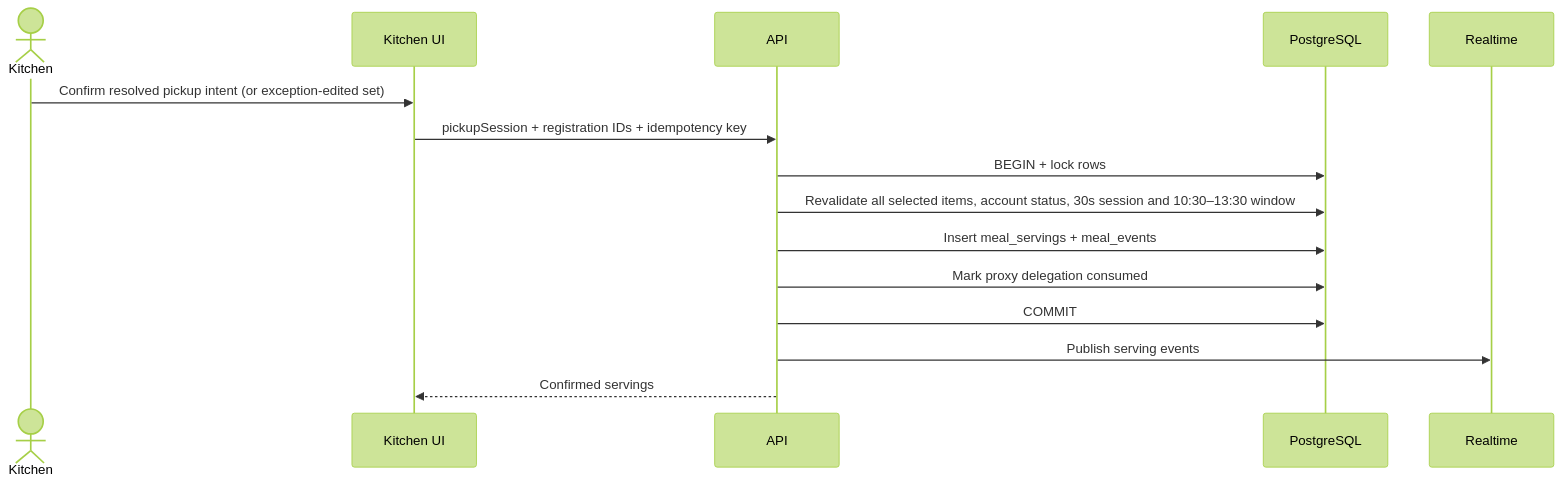
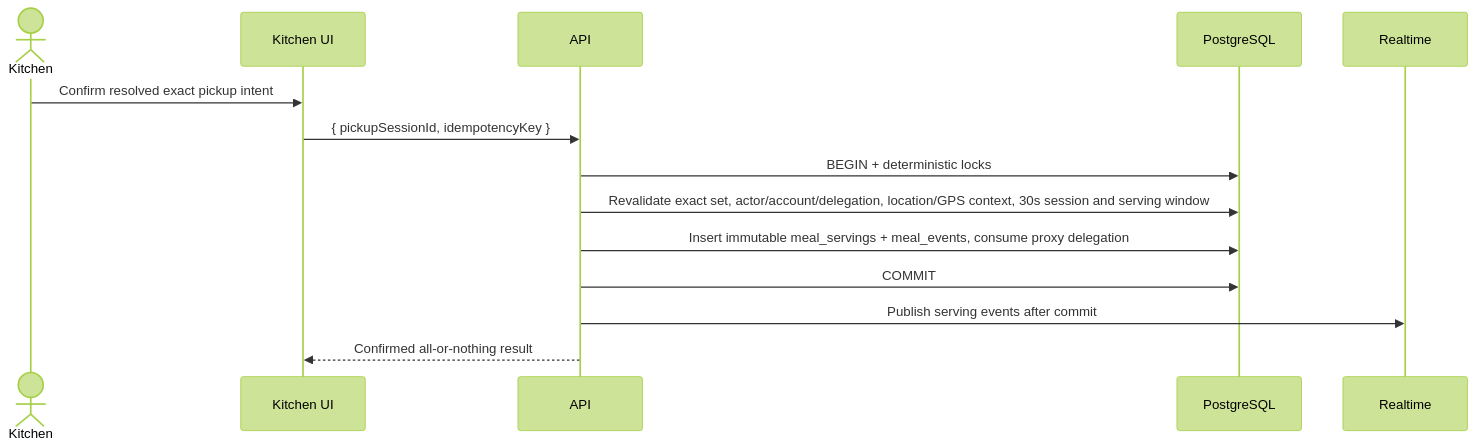
Before and after one commit to Wkiugt/IMeal-v3: the sixth of 6 diagrams in docs/03-product-flows.md, drawn with Mermaid (forest theme). The commit also changed other lines of this file and 13 other files, not shown here.

````diff
--- a/docs/03-product-flows.md
+++ b/docs/03-product-flows.md
@@ -508,18 +524,17 @@
 ```mermaid
 sequenceDiagram
     actor K as Kitchen
     participant UI as Kitchen UI
     participant API as API
     participant DB as PostgreSQL
     participant RT as Realtime
 
-    K->>UI: Confirm resolved pickup intent (or exception-edited set)
-    UI->>API: pickupSession + registration IDs + idempotency key
-    API->>DB: BEGIN + lock rows
-    API->>DB: Revalidate all selected items, account status, 30s session and 10:30–13:30 window
-    API->>DB: Insert meal_servings + meal_events
-    API->>DB: Mark proxy delegation consumed
+    K->>UI: Confirm resolved exact pickup intent
+    UI->>API: { pickupSessionId, idempotencyKey }
+    API->>DB: BEGIN + deterministic locks
+    API->>DB: Revalidate exact set, actor/account/delegation, location/GPS context, 30s session and serving window
+    API->>DB: Insert immutable meal_servings + meal_events, consume proxy delegation
     API->>DB: COMMIT
-    API->>RT: Publish serving events
-    API-->>UI: Confirmed servings
+    API->>RT: Publish serving events after commit
+    API-->>UI: Confirmed all-or-nothing result
 ```
````
